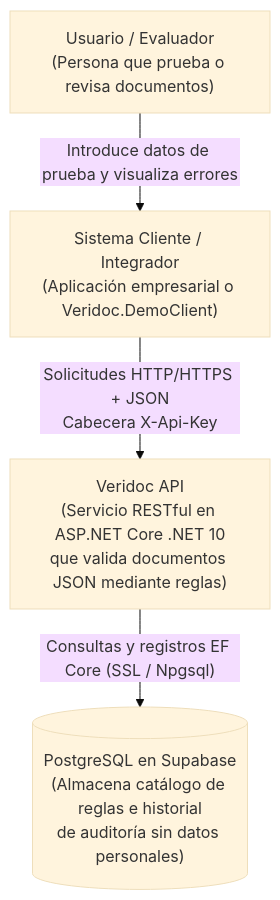
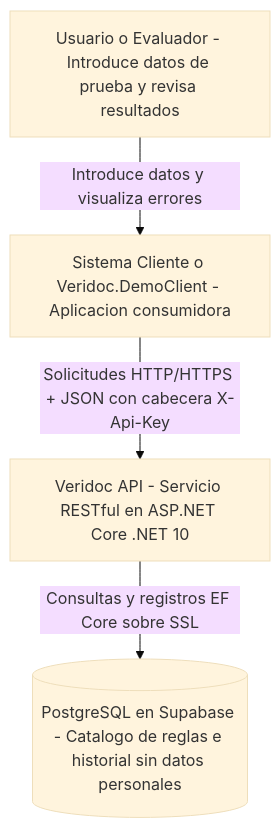
Before and after one commit to Brandom0215/VeriDoc: the first of 5 diagrams in documents/Veridoc_Arquitectura_y_Diagramas.md, drawn with Mermaid (base theme). The commit also changed other lines of this file and 13 other files, not shown here.

First line of the commit message:
security(api,docs): harden HTTP pipeline, sanitize inputs, remove dead DTOs, and fix C4 Mermaid syntax

````diff
--- a/documents/Veridoc_Arquitectura_y_Diagramas.md
+++ b/documents/Veridoc_Arquitectura_y_Diagramas.md
@@ -16,11 +16,11 @@
 ```mermaid
 flowchart TD
-    User["Usuario / Evaluador<br/>(Persona que prueba o revisa documentos)"]
-    ClientSys["Sistema Cliente / Integrador<br/>(Aplicación empresarial o Veridoc.DemoClient)"]
-    VeridocSystem["Veridoc API<br/>(Servicio RESTful en ASP.NET Core .NET 10<br/>que valida documentos JSON mediante reglas)"]
-    SupabaseDB[("PostgreSQL en Supabase<br/>(Almacena catálogo de reglas e historial<br/>de auditoría sin datos personales)")]
+    User["Usuario o Evaluador - Introduce datos de prueba y revisa resultados"]
+    ClientSys["Sistema Cliente o Veridoc.DemoClient - Aplicacion consumidora"]
+    VeridocSystem["Veridoc API - Servicio RESTful en ASP.NET Core .NET 10"]
+    SupabaseDB[("PostgreSQL en Supabase - Catalogo de reglas e historial sin datos personales")]
 
-    User -->|"Introduce datos de prueba y visualiza errores"| ClientSys
-    ClientSys -->|"Solicitudes HTTP/HTTPS + JSON<br/>Cabecera X-Api-Key"| VeridocSystem
-    VeridocSystem -->|"Consultas y registros EF Core (SSL / Npgsql)"| SupabaseDB
+    User -->|"Introduce datos y visualiza errores"| ClientSys
+    ClientSys -->|"Solicitudes HTTP/HTTPS + JSON con cabecera X-Api-Key"| VeridocSystem
+    VeridocSystem -->|"Consultas y registros EF Core sobre SSL"| SupabaseDB
 ```
````
